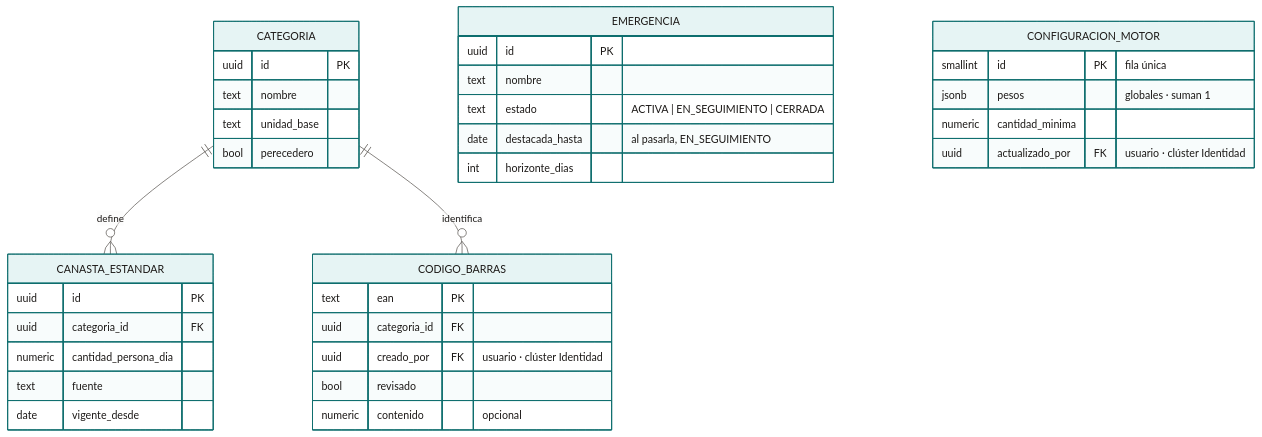
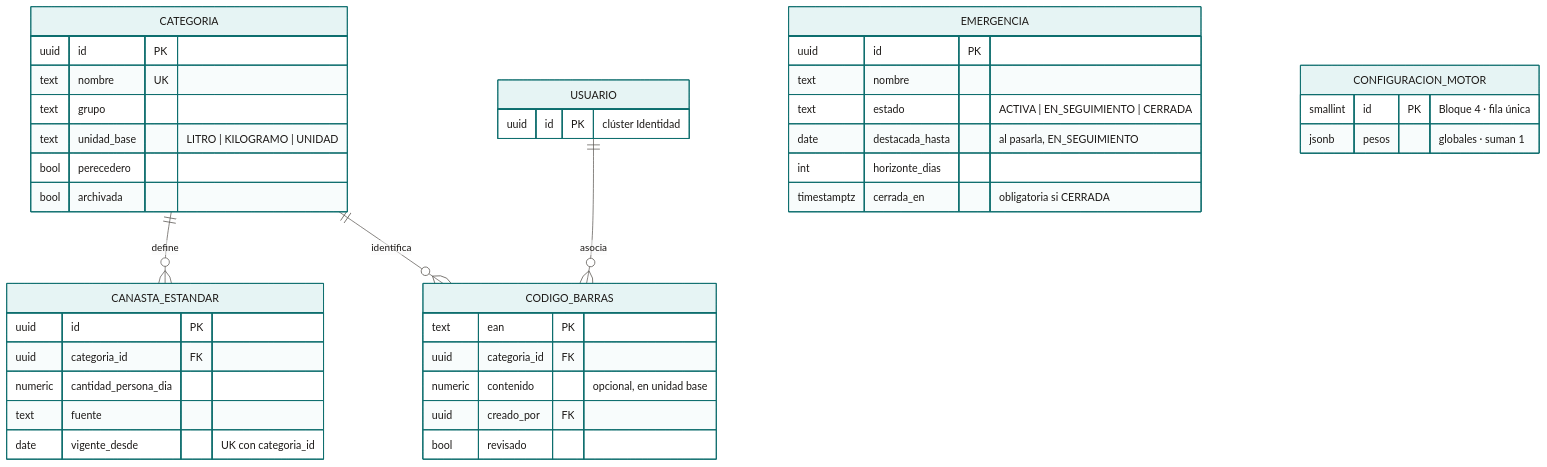
One commit to Proyecto-IngSoftware/acopio changed the diagram in docs/02-arquitectura/diagramas/mmd/er-01-raiz-y-catalogo.mmd. Above: the diagram before and after it, drawn with Mermaid. The commit also changed 62 other files, not shown here.

First line of the commit message:
Bóveda: documentación al día tras el Bloque 3, sin Lovable y con la fuente ANDI

```diff
--- a/docs/02-arquitectura/diagramas/mmd/er-01-raiz-y-catalogo.mmd
+++ b/docs/02-arquitectura/diagramas/mmd/er-01-raiz-y-catalogo.mmd
@@ -1,38 +1,43 @@
 %%{init: {"theme":"base","themeVariables":{"fontFamily":"Inter, Segoe UI, Arial, sans-serif","fontSize":"15px","primaryColor":"#E6F4F4","primaryTextColor":"#1C1917","primaryBorderColor":"#0F6E6E","secondaryColor":"#C7E8E8","tertiaryColor":"#FAFAF9","lineColor":"#57534E","textColor":"#1C1917","mainBkg":"#E6F4F4","nodeBorder":"#0F6E6E","clusterBkg":"#F5F5F4","clusterBorder":"#A8A29E","edgeLabelBackground":"#FFFFFF","attributeBackgroundColorOdd":"#FFFFFF","attributeBackgroundColorEven":"#F5F5F4"},"er":{"useMaxWidth":false},"flowchart":{"useMaxWidth":false,"htmlLabels":true,"curve":"basis"}}}%%
 erDiagram
     CATEGORIA ||--o{ CANASTA_ESTANDAR : define
     CATEGORIA ||--o{ CODIGO_BARRAS : identifica
+    USUARIO ||--o{ CODIGO_BARRAS : asocia
 
+    USUARIO {
+        uuid id PK "clúster Identidad"
+    }
     EMERGENCIA {
         uuid id PK
         text nombre
         text estado "ACTIVA | EN_SEGUIMIENTO | CERRADA"
         date destacada_hasta "al pasarla, EN_SEGUIMIENTO"
         int horizonte_dias
+        timestamptz cerrada_en "obligatoria si CERRADA"
     }
     CONFIGURACION_MOTOR {
-        smallint id PK "fila única"
+        smallint id PK "Bloque 4 · fila única"
         jsonb pesos "globales · suman 1"
-        numeric cantidad_minima
-        uuid actualizado_por FK "usuario · clúster Identidad"
     }
     CATEGORIA {
         uuid id PK
-        text nombre
-        text unidad_base
+        text nombre UK
+        text grupo
+        text unidad_base "LITRO | KILOGRAMO | UNIDAD"
         bool perecedero
+        bool archivada
     }
     CANASTA_ESTANDAR {
         uuid id PK
         uuid categoria_id FK
         numeric cantidad_persona_dia
         text fuente
-        date vigente_desde
+        date vigente_desde "UK con categoria_id"
     }
     CODIGO_BARRAS {
         text ean PK
         uuid categoria_id FK
-        uuid creado_por FK "usuario · clúster Identidad"
+        numeric contenido "opcional, en unidad base"
+        uuid creado_por FK
         bool revisado
-        numeric contenido "opcional"
     }
```
